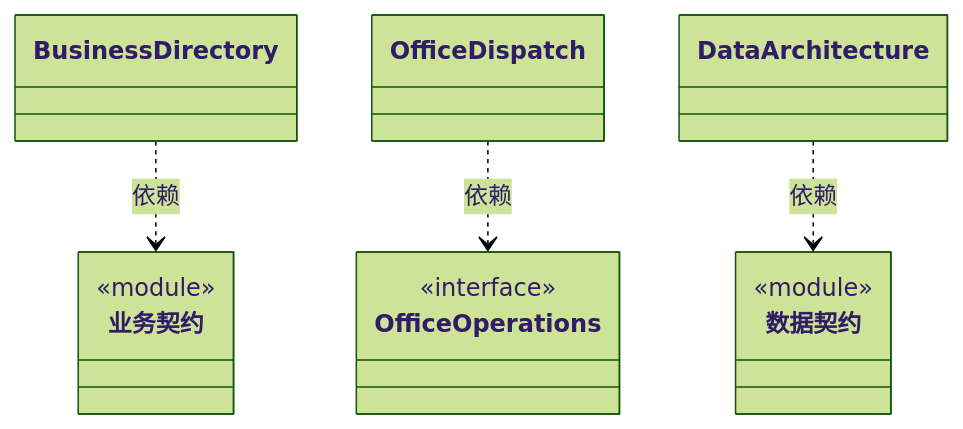
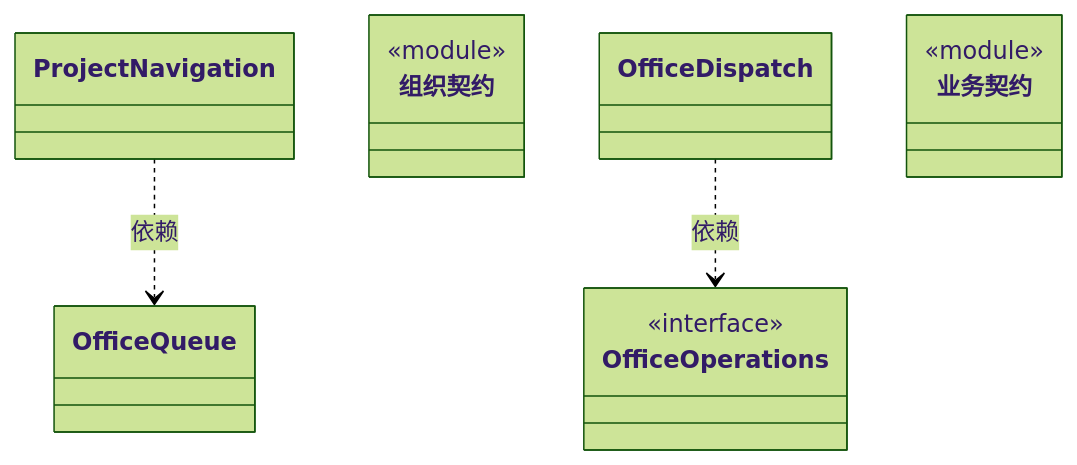
One commit to nan023062/cbim changed the fourth of 6 diagrams in src/logic/projects/ARCHITECTURE.md. Above: the diagram before and after it, drawn with Mermaid (forest theme). The commit also changed other lines of this file and 34 other files, not shown here.

First line of the commit message:
feat: streamline Office navigation and add explicit skill commands

````diff
--- a/src/logic/projects/ARCHITECTURE.md
+++ b/src/logic/projects/ARCHITECTURE.md
@@ -146,24 +133,23 @@
 ```mermaid
 classDiagram
-class N_c2cf86ba4226["BusinessDirectory"]
-click N_c2cf86ba4226 href "business-directory.ts"
-class N_348660f3a092["业务契约"] {
+class N_40641b84f8ba["OfficeQueue"]
+click N_40641b84f8ba href "office-queue.ts"
+class N_69c6c3829baf["ProjectNavigation"]
+click N_69c6c3829baf href "navigation.ts"
+class N_7a3c42967149["组织契约"] {
   <<module>>
 }
-click N_348660f3a092 href "business-contract.ts"
+click N_7a3c42967149 href "organization-contract.ts"
 class N_2cbdfe74880b["OfficeDispatch"]
 click N_2cbdfe74880b href "office-dispatch.ts"
 class N_01ca12d270e4["OfficeOperations"] {
   <<interface>>
 }
 click N_01ca12d270e4 href "office-operations.ts"
-class N_df6a5a7a0536["DataArchitecture"]
-click N_df6a5a7a0536 href "data-architecture.ts"
-class N_8d00ca97d0df["数据契约"] {
+class N_348660f3a092["业务契约"] {
   <<module>>
 }
-click N_8d00ca97d0df href "data-architecture-contract.ts"
+click N_348660f3a092 href "business-contract.ts"
 N_2cbdfe74880b ..> N_01ca12d270e4 : 依赖
-N_df6a5a7a0536 ..> N_8d00ca97d0df : 依赖
-N_c2cf86ba4226 ..> N_348660f3a092 : 依赖
+N_69c6c3829baf ..> N_40641b84f8ba : 依赖
 ```
````
